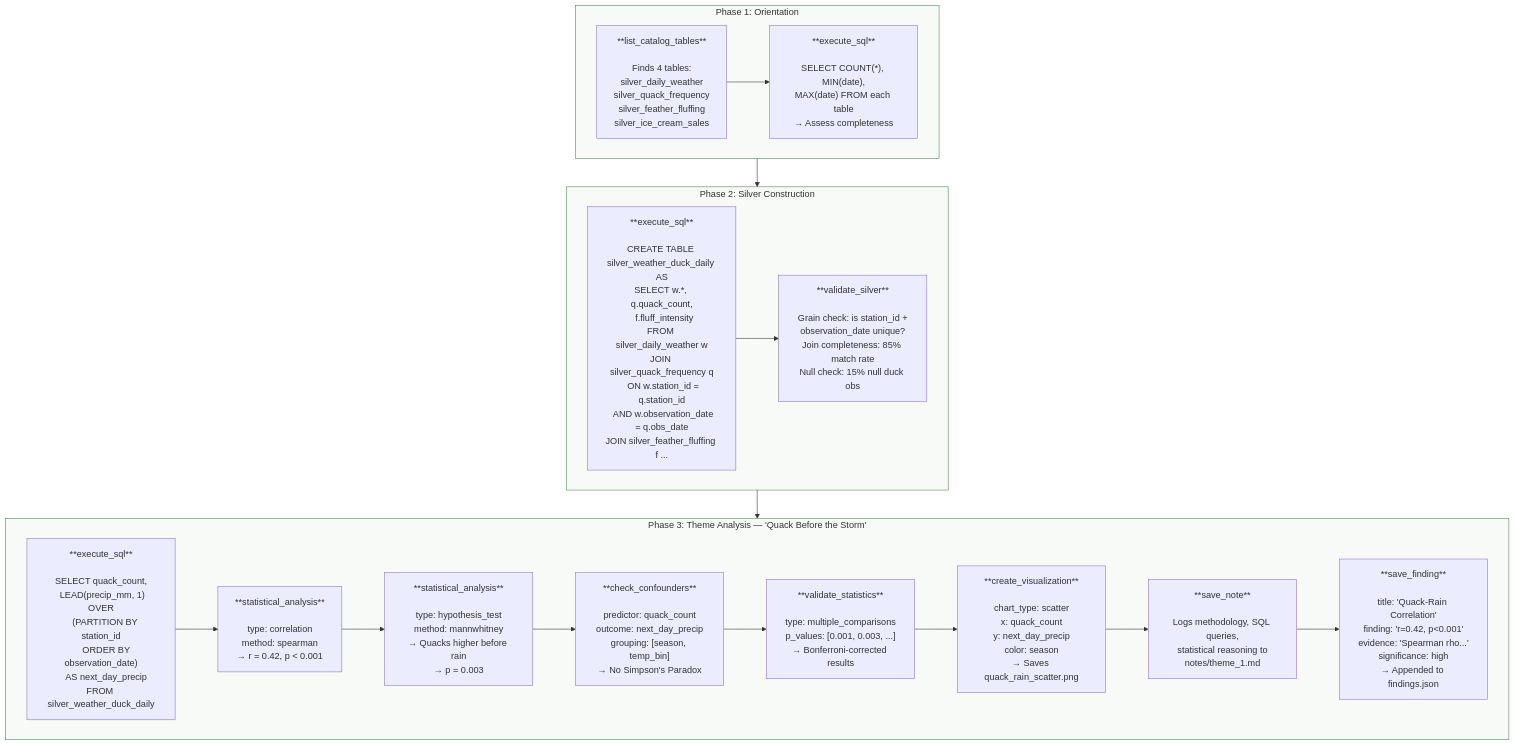
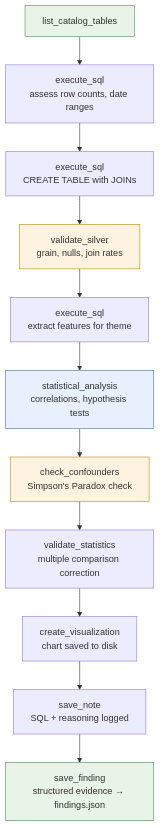
One commit to jweinberg-a2a/versifai-data-agents changed the eighth of 11 diagrams in docs/architecture.md. Above: the diagram before and after it, drawn with Mermaid. The commit also changed other lines of this file and 4 other files, not shown here.

Commit message:
diagrams fixed

````diff
--- a/docs/architecture.md
+++ b/docs/architecture.md
@@ -357,30 +241,19 @@
 ```mermaid
 flowchart TD
-    subgraph orient["Phase 1: Orientation"]
-        LIST["**list_catalog_tables**<br><br>Finds 4 tables:<br>silver_daily_weather<br>silver_quack_frequency<br>silver_feather_fluffing<br>silver_ice_cream_sales"]
-        LIST --> SQL1["**execute_sql**<br><br>SELECT COUNT(*), MIN(date),<br>MAX(date) FROM each table<br>→ Assess completeness"]
-    end
+    LIST["list_catalog_tables"] --> SQL1["execute_sql<br>assess row counts, date ranges"]
+    SQL1 --> SQL2["execute_sql<br>CREATE TABLE with JOINs"]
+    SQL2 --> VS["validate_silver<br>grain, nulls, join rates"]
+    VS --> SQL3["execute_sql<br>extract features for theme"]
+    SQL3 --> STAT["statistical_analysis<br>correlations, hypothesis tests"]
+    STAT --> CONF["check_confounders<br>Simpson's Paradox check"]
+    CONF --> VSTAT["validate_statistics<br>multiple comparison correction"]
+    VSTAT --> VIZ["create_visualization<br>chart saved to disk"]
+    VIZ --> NOTE["save_note<br>SQL + reasoning logged"]
+    NOTE --> SF["save_finding<br>structured evidence → findings.json"]
 
-    subgraph silver["Phase 2: Silver Construction"]
-        SQL2["**execute_sql**<br><br>CREATE TABLE silver_weather_duck_daily AS<br>SELECT w.*, q.quack_count,<br>  f.fluff_intensity<br>FROM silver_daily_weather w<br>JOIN silver_quack_frequency q<br>  ON w.station_id = q.station_id<br>  AND w.observation_date = q.obs_date<br>JOIN silver_feather_fluffing f ..."]
-        SQL2 --> VS["**validate_silver**<br><br>Grain check: is station_id +<br>observation_date unique?<br>Join completeness: 85% match rate<br>Null check: 15% null duck obs"]
-    end
-
-    subgraph theme["Phase 3: Theme Analysis — 'Quack Before the Storm'"]
-        SQL3["**execute_sql**<br><br>SELECT quack_count,<br>  LEAD(precip_mm, 1) OVER<br>    (PARTITION BY station_id<br>     ORDER BY observation_date)<br>    AS next_day_precip<br>FROM silver_weather_duck_daily"]
-        SQL3 --> STAT["**statistical_analysis**<br><br>type: correlation<br>method: spearman<br>→ r = 0.42, p < 0.001"]
-        STAT --> STAT2["**statistical_analysis**<br><br>type: hypothesis_test<br>method: mannwhitney<br>→ Quacks higher before rain<br>→ p = 0.003"]
-        STAT2 --> CONF["**check_confounders**<br><br>predictor: quack_count<br>outcome: next_day_precip<br>grouping: [season, temp_bin]<br>→ No Simpson's Paradox"]
-        CONF --> VSTAT["**validate_statistics**<br><br>type: multiple_comparisons<br>p_values: [0.001, 0.003, ...]<br>→ Bonferroni-corrected results"]
-        VSTAT --> VIZ["**create_visualization**<br><br>chart_type: scatter<br>x: quack_count<br>y: next_day_precip<br>color: season<br>→ Saves quack_rain_scatter.png"]
-        VIZ --> NOTE["**save_note**<br><br>Logs methodology, SQL queries,<br>statistical reasoning to<br>notes/theme_1.md"]
-        NOTE --> SF["**save_finding**<br><br>title: 'Quack-Rain Correlation'<br>finding: 'r=0.42, p<0.001'<br>evidence: 'Spearman rho...'<br>significance: high<br>→ Appended to findings.json"]
-    end
-
-    orient --> silver
-    silver --> theme
-
-    style orient fill:#f7faf7,stroke:#4a8a4a
-    style silver fill:#f7faf7,stroke:#4a8a4a
-    style theme fill:#f7faf7,stroke:#4a8a4a
+    style LIST fill:#e8f4e8,stroke:#4a8a4a
+    style VS fill:#fef3e0,stroke:#b38600
+    style STAT fill:#e8f0fe,stroke:#4a6f93
+    style CONF fill:#fef3e0,stroke:#b38600
+    style SF fill:#e8f4e8,stroke:#4a8a4a
 ```
````
